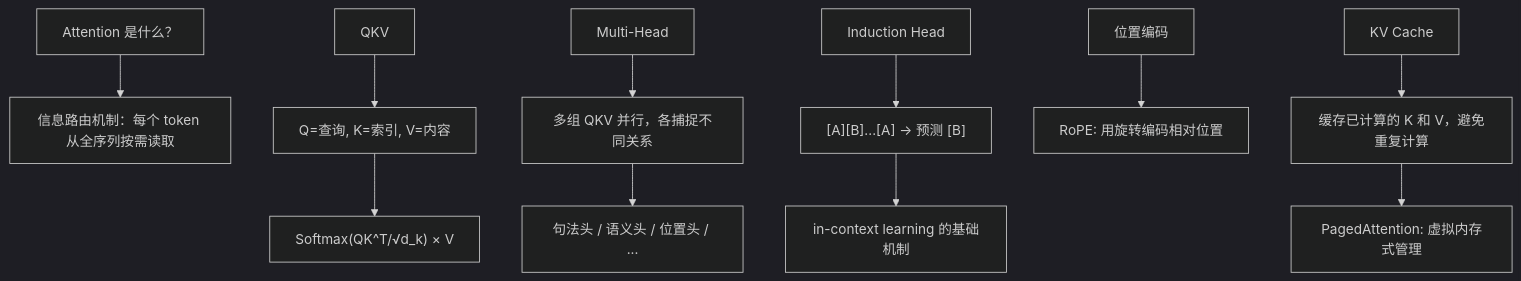
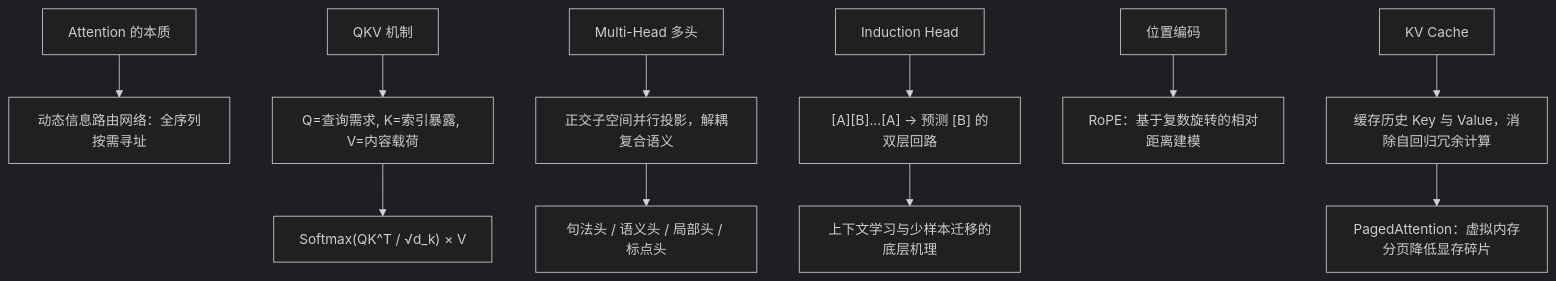
The fifth of 5 diagrams in chapters/02-attention.md (yingwang/thinking-in-llm), drawn with Mermaid (dark theme) before and after one commit. The commit also changed other lines of this file and 31 other files, not shown here.

````diff
--- a/chapters/02-attention.md
+++ b/chapters/02-attention.md
@@ -525,18 +520,18 @@
 ```mermaid
 graph TB
-    A["Attention 是什么？"] --> B["信息路由机制：每个 token 从全序列按需读取"]
+    A["Attention 的本质"] --> B["动态信息路由网络：全序列按需寻址"]
     
-    C["QKV"] --> D["Q=查询, K=索引, V=内容"]
-    D --> E["Softmax(QK^T/√d_k) × V"]
+    C["QKV 机制"] --> D["Q=查询需求, K=索引暴露, V=内容载荷"]
+    D --> E["Softmax(QK^T / √d_k) × V"]
     
-    F["Multi-Head"] --> G["多组 QKV 并行，各捕捉不同关系"]
-    G --> H["句法头 / 语义头 / 位置头 / ..."]
+    F["Multi-Head 多头"] --> G["正交子空间并行投影，解耦复合语义"]
+    G --> H["句法头 / 语义头 / 局部头 / 标点头"]
     
-    I["Induction Head"] --> J["[A][B]...[A] → 预测 [B]"]
-    J --> K["in-context learning 的基础机制"]
+    I["Induction Head"] --> J["[A][B]...[A] → 预测 [B] 的双层回路"]
+    J --> K["上下文学习与少样本迁移的底层机理"]
     
-    L["位置编码"] --> M["RoPE: 用旋转编码相对位置"]
+    L["位置编码"] --> M["RoPE：基于复数旋转的相对距离建模"]
     
-    N["KV Cache"] --> O["缓存已计算的 K 和 V，避免重复计算"]
-    O --> P["PagedAttention: 虚拟内存式管理"]
+    N["KV Cache"] --> O["缓存历史 Key 与 Value，消除自回归冗余计算"]
+    O --> P["PagedAttention：虚拟内存分页降低显存碎片"]
 ```
````
